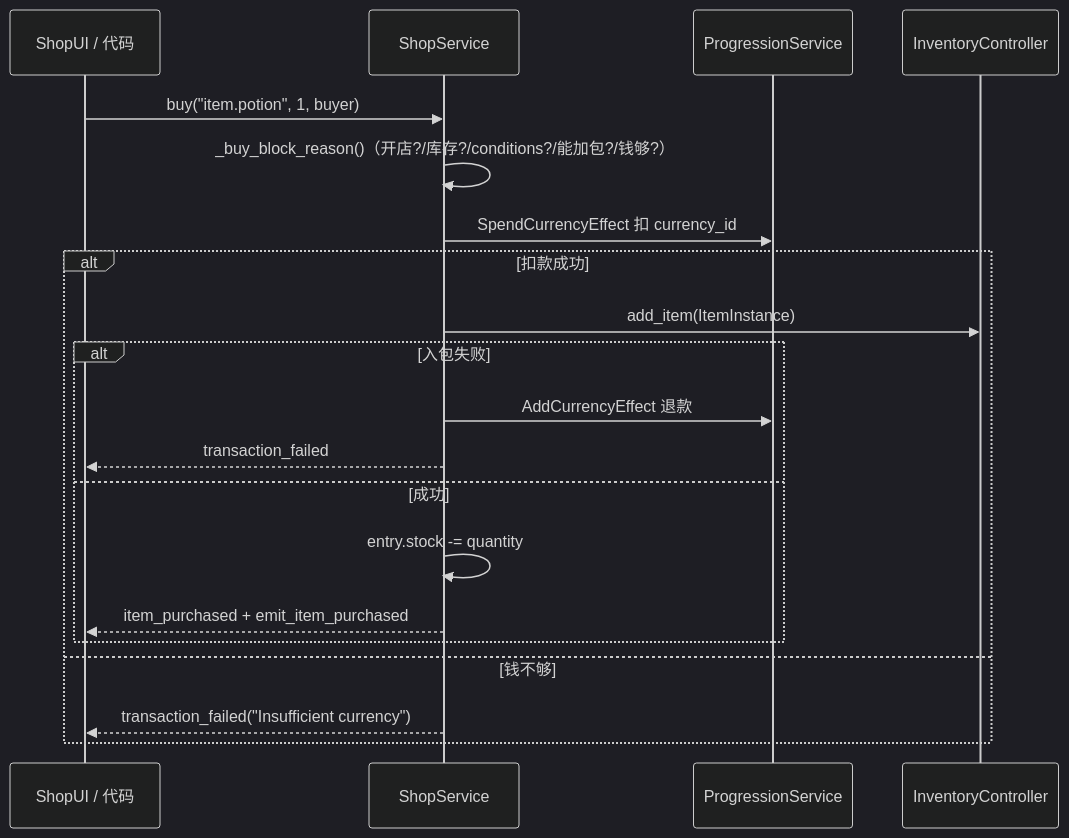
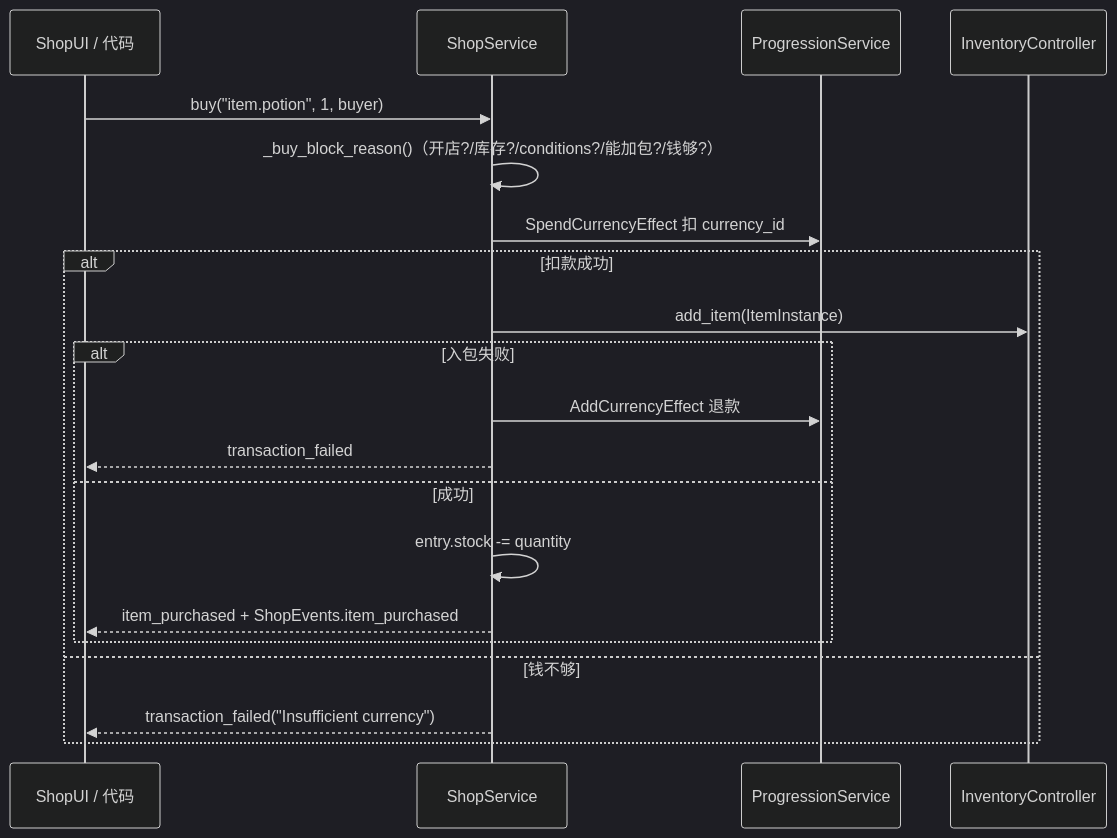
Diagram 16 of 20 in docs/pipeline.md (xiaofeiqiu/mkit), drawn with Mermaid (dark theme) before and after one commit. The commit also changed other lines of this file and 116 other files, not shown here.

````diff
--- a/docs/pipeline.md
+++ b/docs/pipeline.md
@@ -931,23 +942,23 @@
 ```mermaid
 sequenceDiagram
     participant Caller as ShopUI / 代码
     participant SH as ShopService
     participant Prog as ProgressionService
     participant Inv as InventoryController
 
     Caller->>SH: buy("item.potion", 1, buyer)
     SH->>SH: _buy_block_reason()（开店?/库存?/conditions?/能加包?/钱够?）
     SH->>Prog: SpendCurrencyEffect 扣 currency_id
     alt 扣款成功
         SH->>Inv: add_item(ItemInstance)
         alt 入包失败
             SH->>Prog: AddCurrencyEffect 退款
             SH-->>Caller: transaction_failed
         else 成功
             SH->>SH: entry.stock -= quantity
-            SH-->>Caller: item_purchased + emit_item_purchased
+            SH-->>Caller: item_purchased + ShopEvents.item_purchased
         end
     else 钱不够
         SH-->>Caller: transaction_failed("Insufficient currency")
     end
 ```
````
